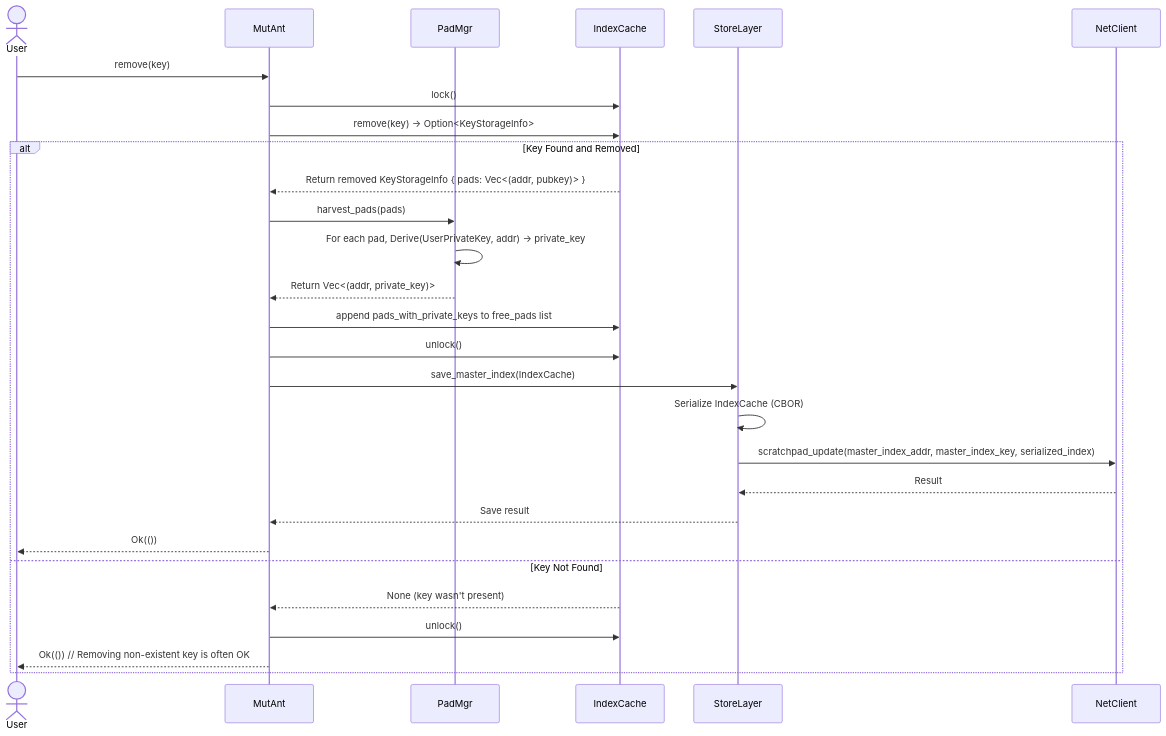
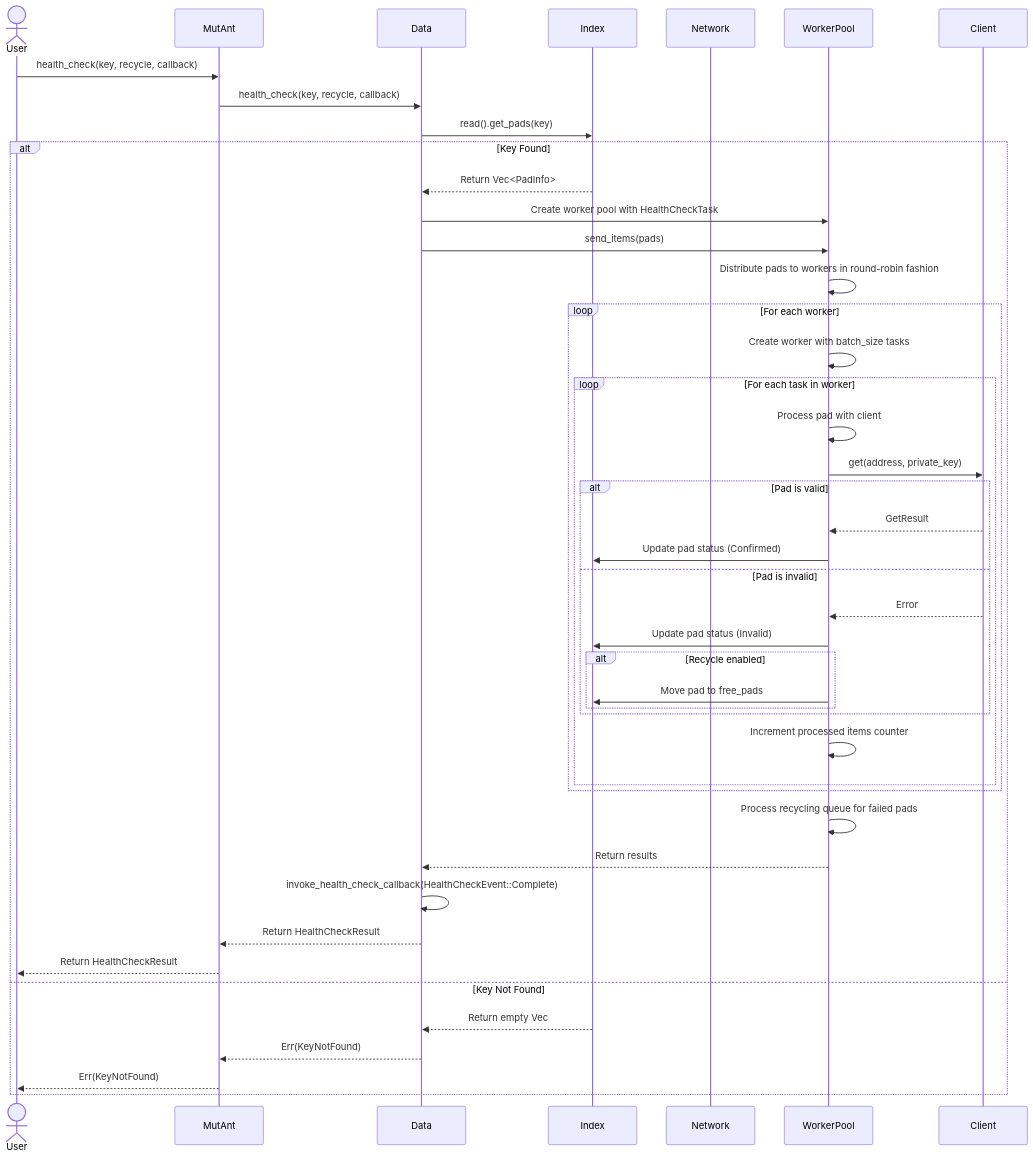
Before and after one commit to dovahcrow/Mutant: the fifth of 5 diagrams in docs/mutant_lib/internals/operation_flows.md, drawn with Mermaid. The commit also changed other lines of this file and 9 other files, not shown here.

````diff
--- a/docs/mutant_lib/internals/operation_flows.md
+++ b/docs/mutant_lib/internals/operation_flows.md
@@ -172,32 +297,53 @@
 ```mermaid
 sequenceDiagram
     actor User
     participant MutAnt
-    participant PadMgr
-    participant IndexCache
-    participant StoreLayer
-    participant NetClient
+    participant Data
+    participant Index
+    participant Network
+    participant WorkerPool
+    participant Client
 
-    User->>MutAnt: remove(key)
-    MutAnt->>IndexCache: lock()
-    MutAnt->>IndexCache: remove(key) -> Option<KeyStorageInfo>
-    alt Key Found and Removed
-        IndexCache-->>MutAnt: Return removed KeyStorageInfo { pads: Vec<(addr, pubkey)> }
-        MutAnt->>PadMgr: harvest_pads(pads)
-        PadMgr->>PadMgr: For each pad, Derive(UserPrivateKey, addr) -> private_key
-        PadMgr-->>MutAnt: Return Vec<(addr, private_key)>
-        MutAnt->>IndexCache: append pads_with_private_keys to free_pads list
-        MutAnt->>IndexCache: unlock()
+    User->>MutAnt: health_check(key, recycle, callback)
+    MutAnt->>Data: health_check(key, recycle, callback)
 
-        MutAnt->>StoreLayer: save_master_index(IndexCache)
-        StoreLayer->>StoreLayer: Serialize IndexCache (CBOR)
-        StoreLayer->>NetClient: scratchpad_update(master_index_addr, master_index_key, serialized_index)
-        NetClient-->>StoreLayer: Result
-        StoreLayer-->>MutAnt: Save result
-        MutAnt-->>User: Ok(())
+    Data->>Index: read().get_pads(key)
+    alt Key Found
+        Index-->>Data: Return Vec<PadInfo>
+
+        Data->>WorkerPool: Create worker pool with HealthCheckTask
+        Data->>WorkerPool: send_items(pads)
+
+        WorkerPool->>WorkerPool: Distribute pads to workers in round-robin fashion
+
+        loop For each worker
+            WorkerPool->>WorkerPool: Create worker with batch_size tasks
+            loop For each task in worker
+                WorkerPool->>WorkerPool: Process pad with client
+                WorkerPool->>Client: get(address, private_key)
+                alt Pad is valid
+                    Client-->>WorkerPool: GetResult
+                    WorkerPool->>Index: Update pad status (Confirmed)
+                else Pad is invalid
+                    Client-->>WorkerPool: Error
+                    WorkerPool->>Index: Update pad status (Invalid)
+                    alt Recycle enabled
+                        WorkerPool->>Index: Move pad to free_pads
+                    end
+                end
+                WorkerPool->>WorkerPool: Increment processed items counter
+            end
+        end
+
+        WorkerPool->>WorkerPool: Process recycling queue for failed pads
+        WorkerPool-->>Data: Return results
+
+        Data->>Data: invoke_health_check_callback(HealthCheckEvent::Complete)
+        Data-->>MutAnt: Return HealthCheckResult
+        MutAnt-->>User: Return HealthCheckResult
     else Key Not Found
-        IndexCache-->>MutAnt: None (key wasn't present)
-        MutAnt->>IndexCache: unlock()
-        MutAnt-->>User: Ok(()) // Removing non-existent key is often OK
+        Index-->>Data: Return empty Vec
+        Data-->>MutAnt: Err(KeyNotFound)
+        MutAnt-->>User: Err(KeyNotFound)
     end
 ```
````
